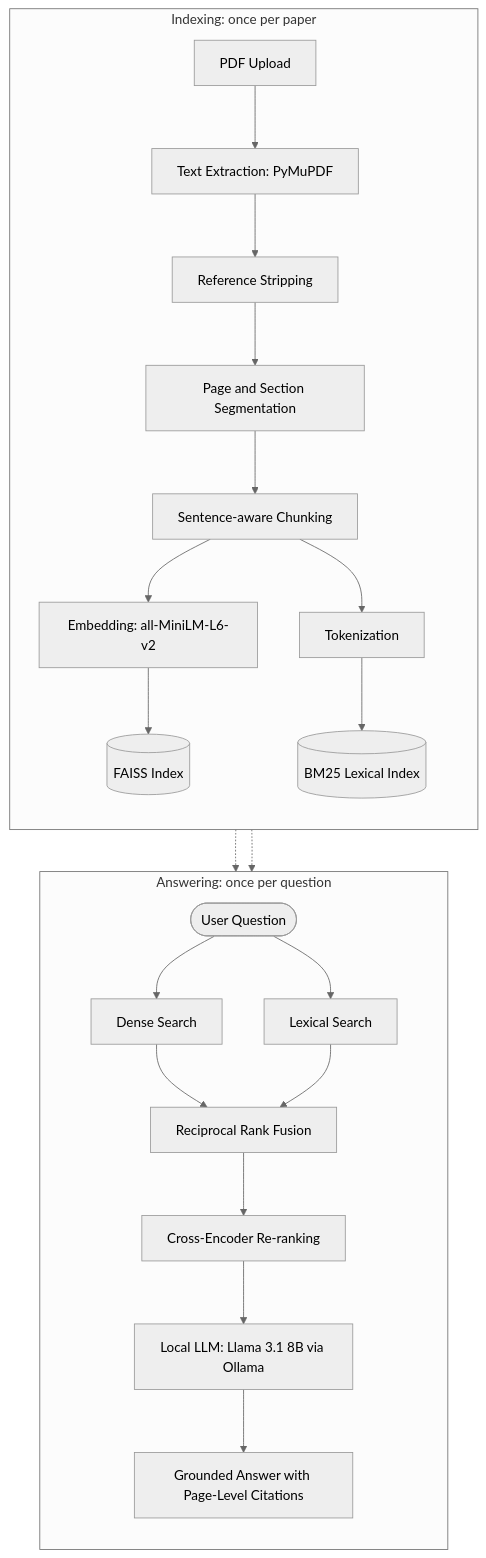
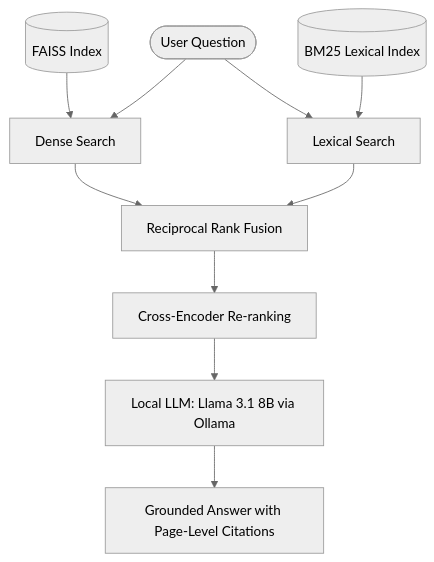
Before and after one commit to hsuhas154/research-paper-rag: the second of 2 diagrams in README.md, drawn with Mermaid (neutral theme). The commit also changed other lines of this file, not shown here.

Commit message:
Split the architecture diagram in two to render correctly on GitHub
The previous version wrapped the flow in two subgraphs. GitHub's Mermaid
lays those clusters out side by side rather than stacked, so the two
phases sat diagonally offset with long dotted links crossing the gap
between them. A local render had looked right, but cluster layout is the
part of Mermaid that varies most between versions, and GitHub is the only
renderer that matters for this file.

Removed the subgraphs entirely and split the flow into two plain
flowcharts under their own headings, one for indexing and one for
answering. Without clusters the layout is predictable across versions.

The answering diagram is also clearer than what it replaces. User
Question now sits at the top between the two indexes, with all three
feeding the two search arms, so the question reads as a peer input rather
than something wedged between the indexes. No crossing edges, and no
links clipped at a cluster boundary.

````diff
--- a/README.md
+++ b/README.md
@@ -19,28 +35,12 @@
 ```mermaid
 flowchart TD
-    subgraph INDEXING["Indexing: once per paper"]
-        direction TB
-        A["PDF Upload"] --> B["Text Extraction: PyMuPDF"]
-        B --> C["Reference Stripping"]
-        C --> D["Page and Section Segmentation"]
-        D --> E["Sentence-aware Chunking"]
-        E --> F["Embedding: all-MiniLM-L6-v2"]
-        E --> T["Tokenization"]
-        F --> G[("FAISS Index")]
-        T --> H[("BM25 Lexical Index")]
-    end
-
-    subgraph ANSWERING["Answering: once per question"]
-        direction TB
-        Q(["User Question"]) --> R1["Dense Search"]
-        Q --> R2["Lexical Search"]
-        R1 --> RRF["Reciprocal Rank Fusion"]
-        R2 --> RRF
-        RRF --> RR["Cross-Encoder Re-ranking"]
-        RR --> L["Local LLM: Llama 3.1 8B via Ollama"]
-        L --> ANS["Grounded Answer with Page-Level Citations"]
-    end
-
-    G -.-> R1
-    H -.-> R2
+    G[("FAISS Index")] --> R1["Dense Search"]
+    Q(["User Question"]) --> R1
+    Q --> R2["Lexical Search"]
+    H[("BM25 Lexical Index")] --> R2
+    R1 --> RRF["Reciprocal Rank Fusion"]
+    R2 --> RRF
+    RRF --> RR["Cross-Encoder Re-ranking"]
+    RR --> L["Local LLM: Llama 3.1 8B via Ollama"]
+    L --> ANS["Grounded Answer with Page-Level Citations"]
 ```
````
